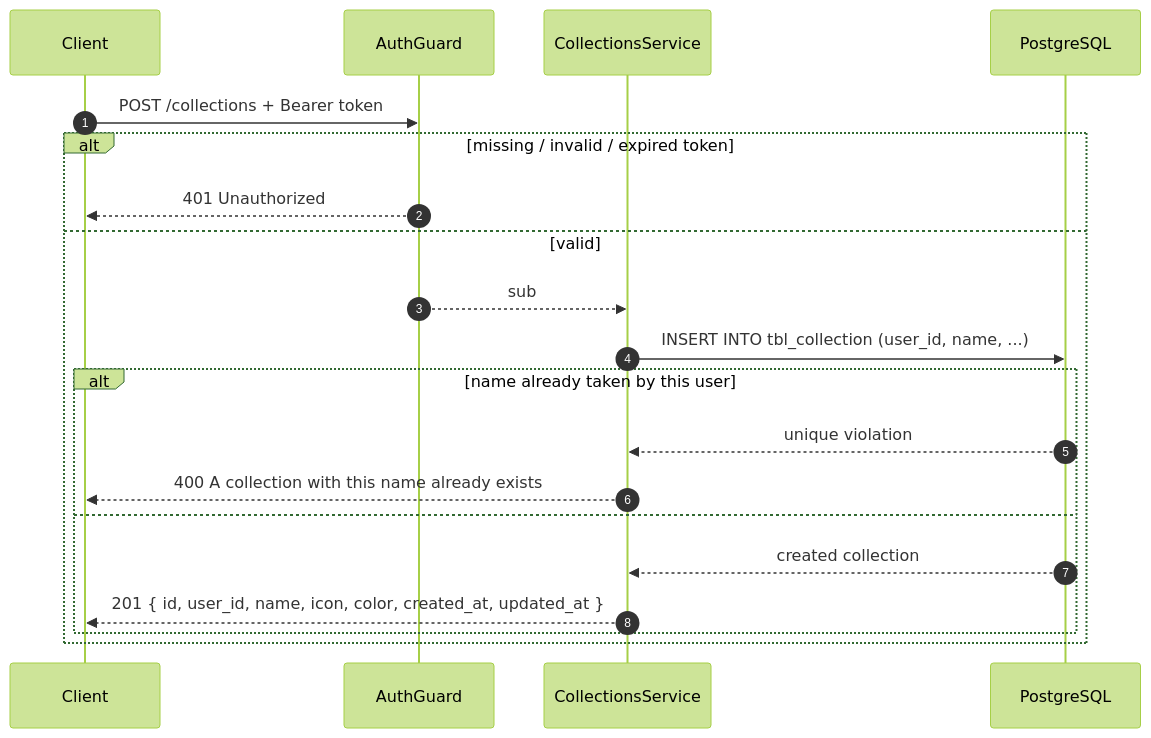
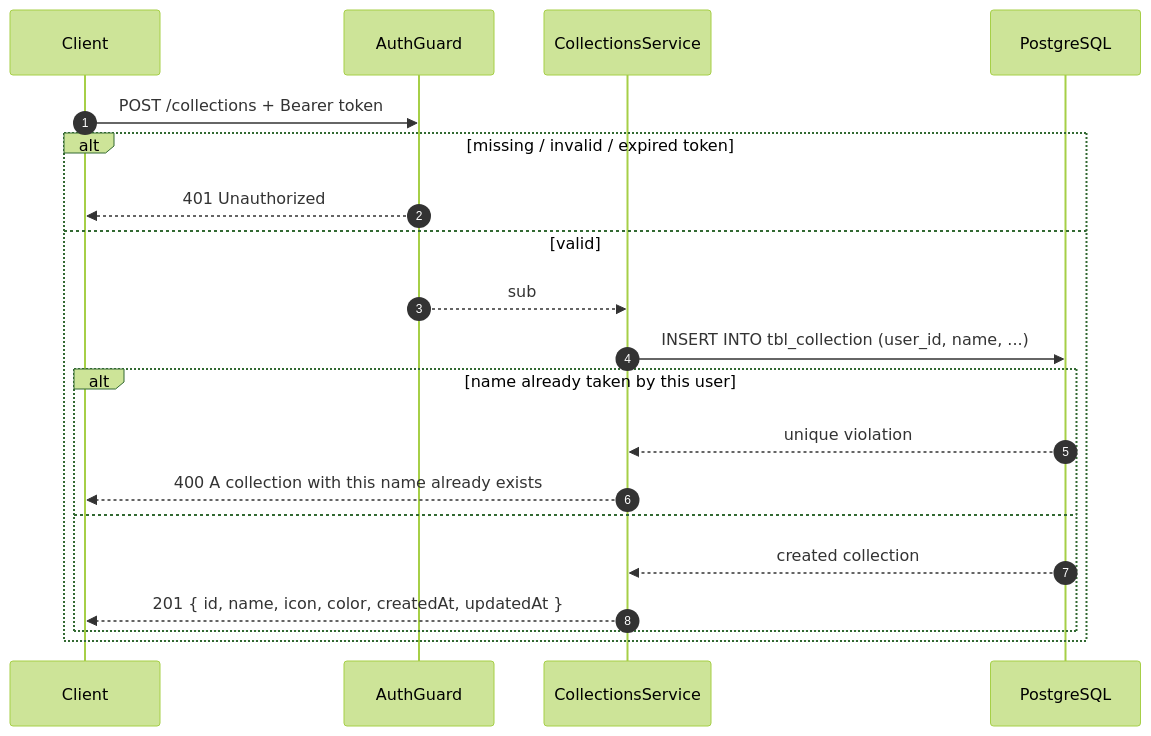
Before and after one commit to raunak-ray/LinkVault: the first of 5 diagrams in api/docs/collections/02-collection-management.md, drawn with Mermaid (forest theme). The commit also changed other lines of this file and 46 other files, not shown here.

````diff
--- a/api/docs/collections/02-collection-management.md
+++ b/api/docs/collections/02-collection-management.md
@@ -19,23 +21,23 @@
 ```mermaid
 sequenceDiagram
     autonumber
     participant C as Client
     participant G as AuthGuard
     participant S as CollectionsService
     participant DB as PostgreSQL
 
     C->>G: POST /collections + Bearer token
     alt missing / invalid / expired token
         G-->>C: 401 Unauthorized
     else valid
         G-->>S: sub
         S->>DB: INSERT INTO tbl_collection (user_id, name, ...)
         alt name already taken by this user
             DB-->>S: unique violation
             S-->>C: 400 A collection with this name already exists
         else
             DB-->>S: created collection
-            S-->>C: 201 { id, user_id, name, icon, color, created_at, updated_at }
+            S-->>C: 201 { id, name, icon, color, createdAt, updatedAt }
         end
     end
 ```
````
